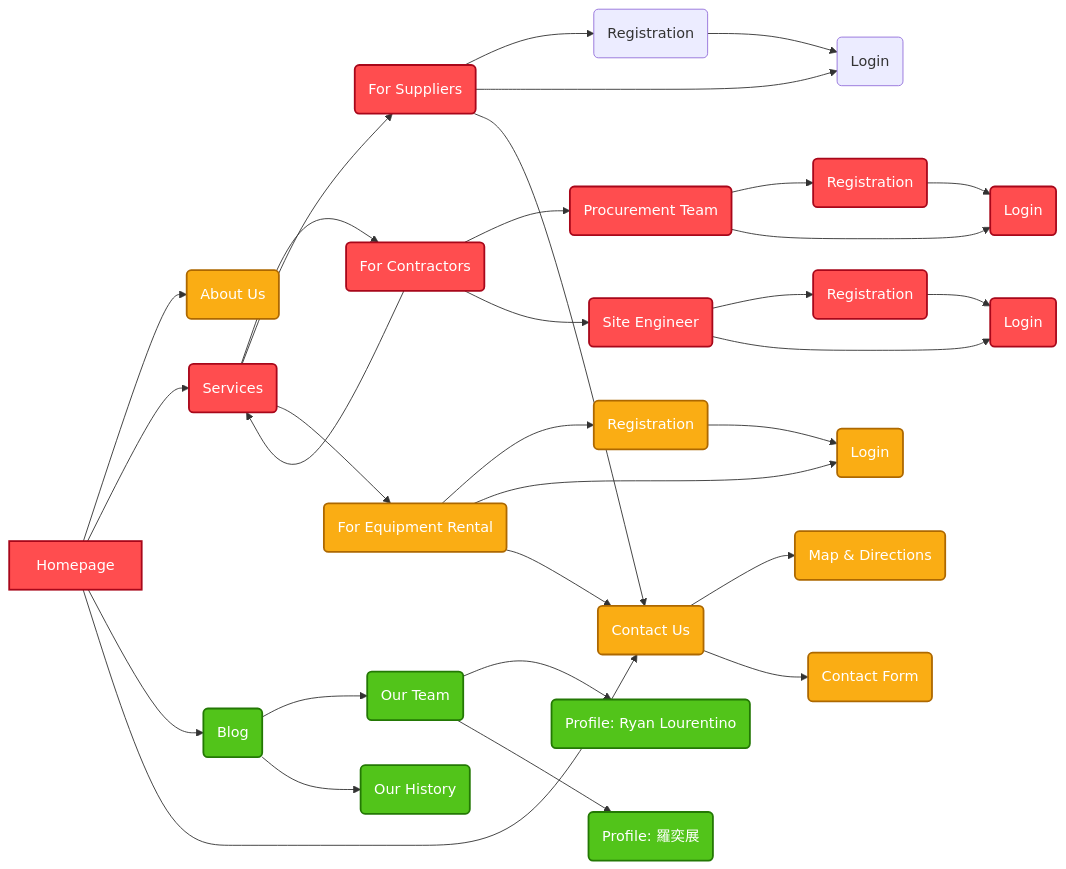
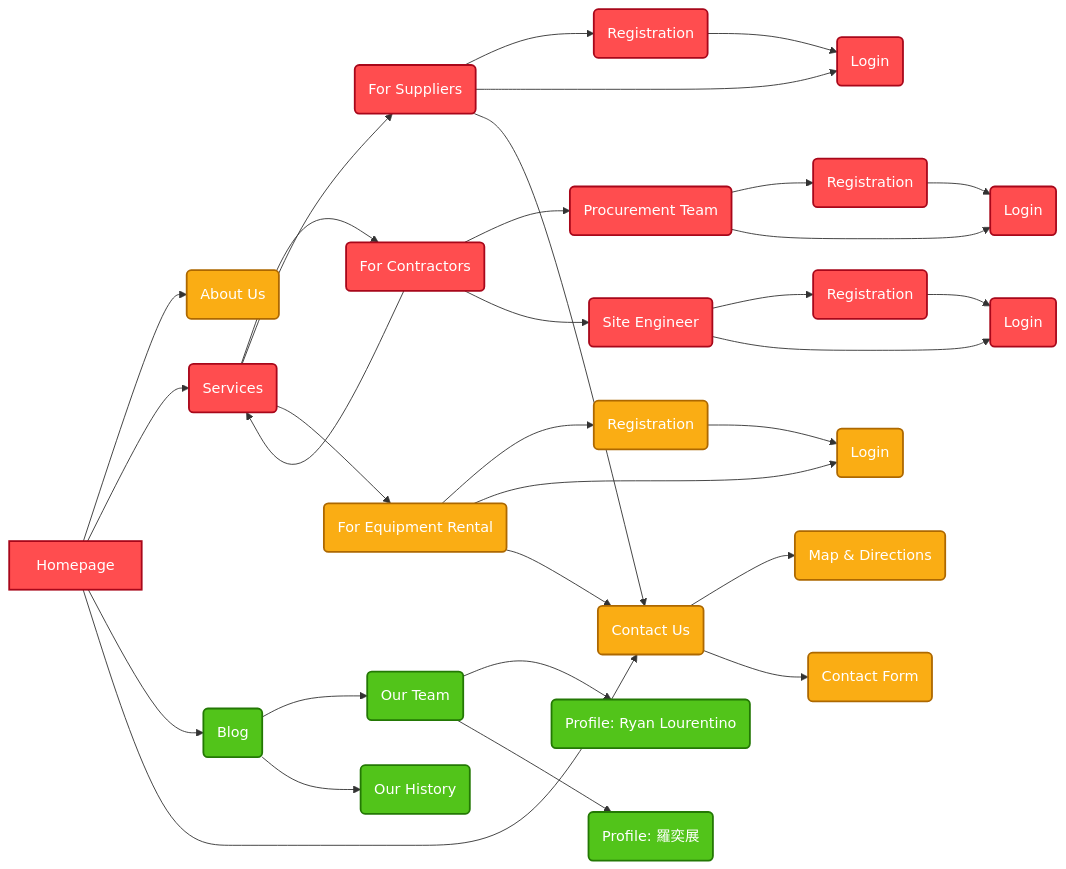
The diagram in README.md (ryanlourentino/project-flow), drawn with Mermaid before and after one commit.

Commit message:
add priority for every block 2th

````diff
--- a/README.md
+++ b/README.md
@@ -19,53 +19,53 @@
 ```mermaid 
 graph LR
 
 	classDef high fill:#ff4d4f,stroke:#a8071a,stroke-width:2px,color:#ffffff;
 	classDef medium fill:#faad14,stroke:#ad6800,stroke-width:2px,color:#ffffff;
 	classDef low fill:#52c41a,stroke:#237804,stroke-width:2px,color:#ffffff;
 
 
 	A[Homepage] --> B(About Us)
 	A --> E(Services)
 	A --> C(Blog)
 	A --> D(Contact Us)
 
 	C --> C1(Our Team)
 	C --> C2(Our History)
 
 	C1 --> CA1(Profile: Ryan Lourentino)
 	C1 --> CA2(Profile: 羅奕展)
 
 	E --> Co1(For Contractors)
 	E --> Sup1(For Suppliers)
 	E --> ER1(For Equipment Rental)
 
 	Co1 --> Pro1(Procurement Team)
 	Co1 --> SE1(Site Engineer)
 	Co1 --> E
 
 	Pro1 --> Pro2(Registration)
 	Pro1 --> Pro3(Login)
 	Pro2 --> Pro3
 
 	SE1 --> SE2(Registration)
 	SE1 --> SE3(Login)
 	SE2 --> SE3
 
 	Sup1 --> Sup2(Registration)
 	Sup1 --> Sup3(Login)
 	Sup2 --> Sup3
 	Sup1 --> D
 
 	ER1 --> ER2(Registration)
 	ER1 --> ER3(Login)
 	ER2 --> ER3
 	ER1 --> D
 
 	D --> D1(Map & Directions)
 	D --> D2(Contact Form)
 
 	%%DefPriority
-	class A,E,Co1,Sup1,Pro1,Pro2,Pro3,SE1,SE2,SE3 high;
+	class A,E,Co1,Sup1,Pro1,Pro2,Pro3,SE1,SE2,SE3,Sup2,Sup3 high;
 	class B,ER1,ER2,ER3,D,D1,D2 medium;
 	class C,C1,C2,CA1,CA2 low;
 ```
````
